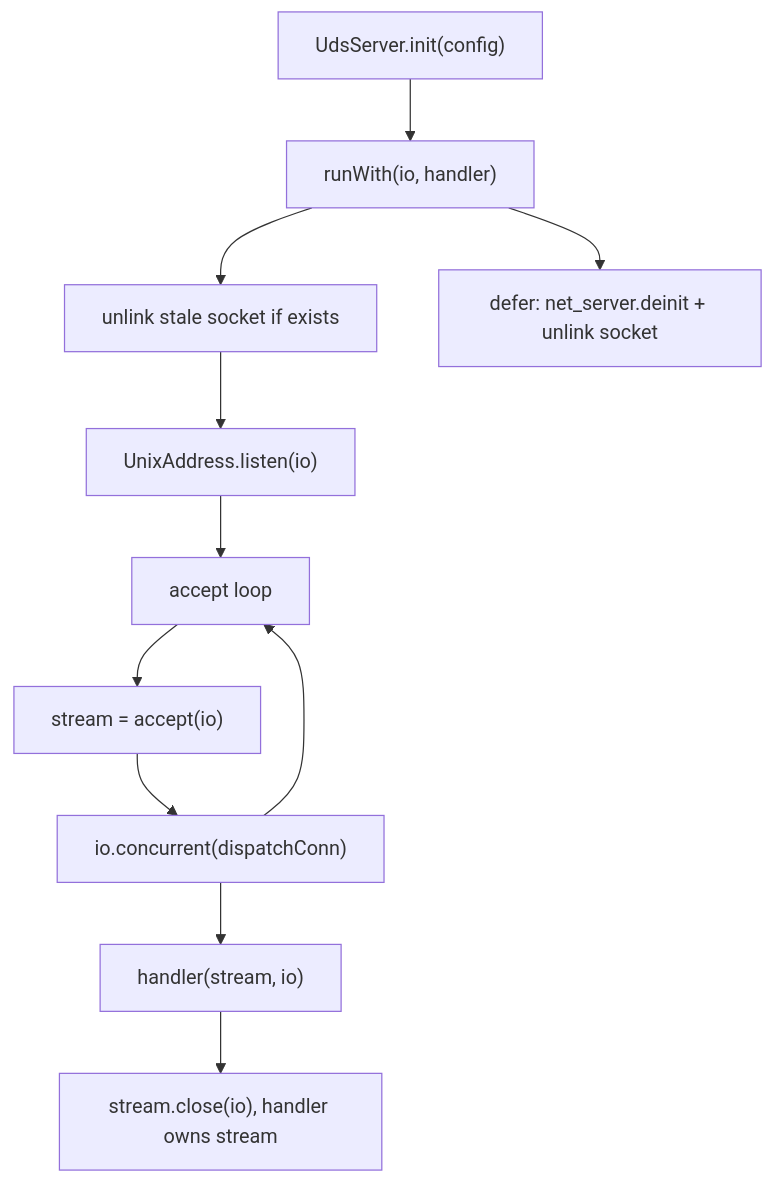
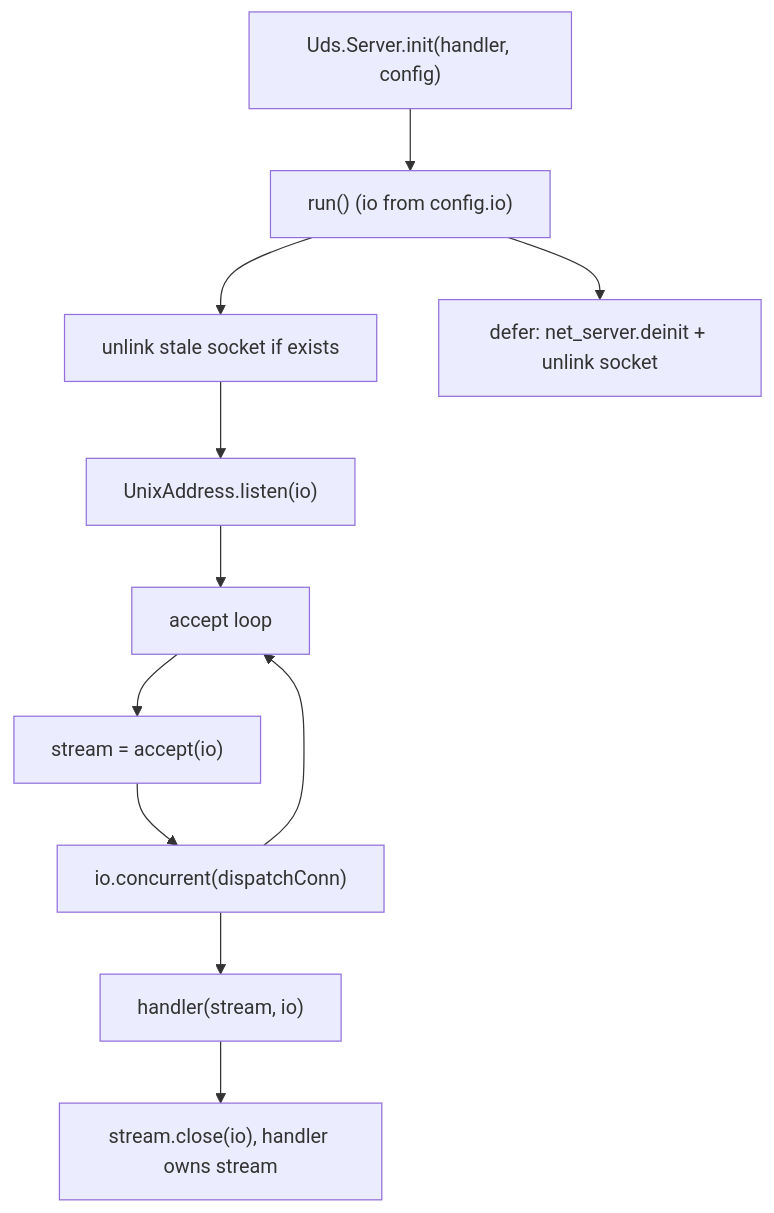
One commit to prothegee/zix changed the first of 2 diagrams in docs/hld-uds-en.md. Above: the diagram before and after it, drawn with Mermaid. The commit also changed other lines of this file and 21 other files, not shown here.

````diff
--- a/docs/hld-uds-en.md
+++ b/docs/hld-uds-en.md
@@ -68,13 +68,13 @@
 ```mermaid
 flowchart TD
-    A["UdsServer.init(config)"] --> B["runWith(io, handler)"]
+    A["Uds.Server.init(handler, config)"] --> B["run() (io from config.io)"]
     B --> C["unlink stale socket if exists"]
     C --> D["UnixAddress.listen(io)"]
     D --> E["accept loop"]
     E --> F["stream = accept(io)"]
     F --> G["io.concurrent(dispatchConn)"]
     G --> E
     G --> H["handler(stream, io)"]
     H --> I["stream.close(io), handler owns stream"]
     B --> Z["defer: net_server.deinit + unlink socket"]
 ```
````
